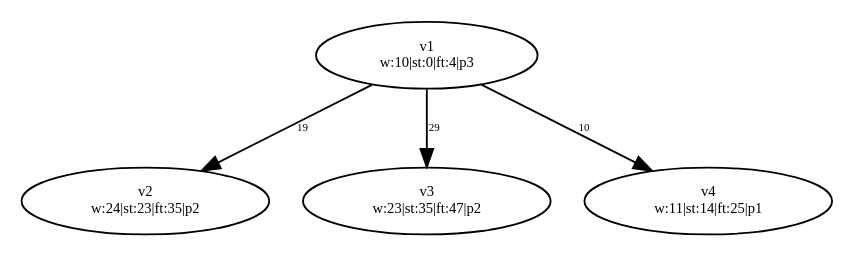
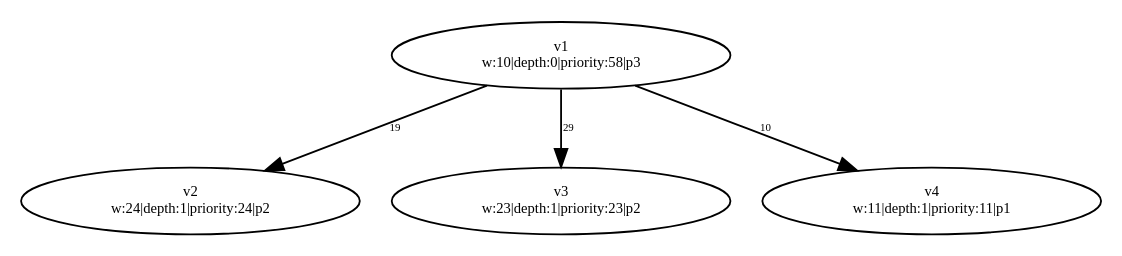
One commit to dexters1/Task-Scheduling-Based-on-Genetic-Algorithms changed the diagram in PythonApplication1/PythonApplication1/test-output/slika_2.gv. Above: the diagram before and after it, drawn with Graphviz. The commit also changed 54 other files, not shown here.

```diff
--- a/PythonApplication1/PythonApplication1/test-output/slika_2.gv
+++ b/PythonApplication1/PythonApplication1/test-output/slika_2.gv
@@ -1,13 +1,13 @@
 digraph {
 	v1 [label="v1
-w:10|st:0|ft:4|p3" fontsize=8.0]
+w:10|depth:0|priority:58|p3" fontsize=8.0]
 	v2 [label="v2
-w:24|st:23|ft:35|p2" fontsize=8.0]
+w:24|depth:1|priority:24|p2" fontsize=8.0]
 	v3 [label="v3
-w:23|st:35|ft:47|p2" fontsize=8.0]
+w:23|depth:1|priority:23|p2" fontsize=8.0]
 	v4 [label="v4
-w:11|st:14|ft:25|p1" fontsize=8.0]
+w:11|depth:1|priority:11|p1" fontsize=8.0]
 	v1 -> v2 [label=19 constraint=true fontsize=6.0]
 	v1 -> v3 [label=29 constraint=true fontsize=6.0]
 	v1 -> v4 [label=10 constraint=true fontsize=6.0]
 }
```
